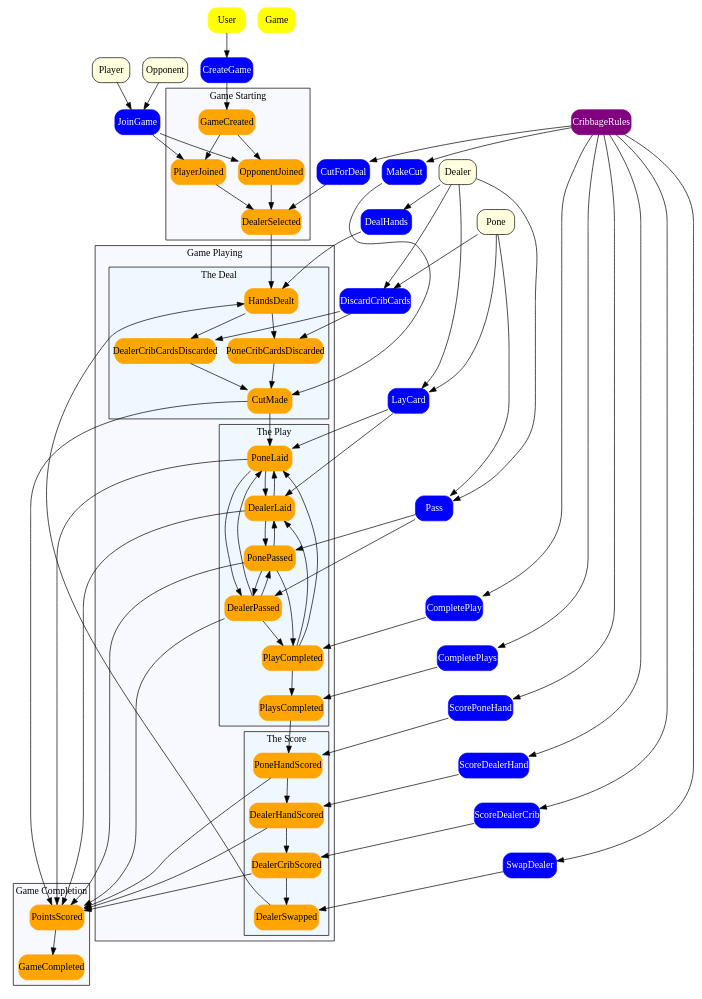
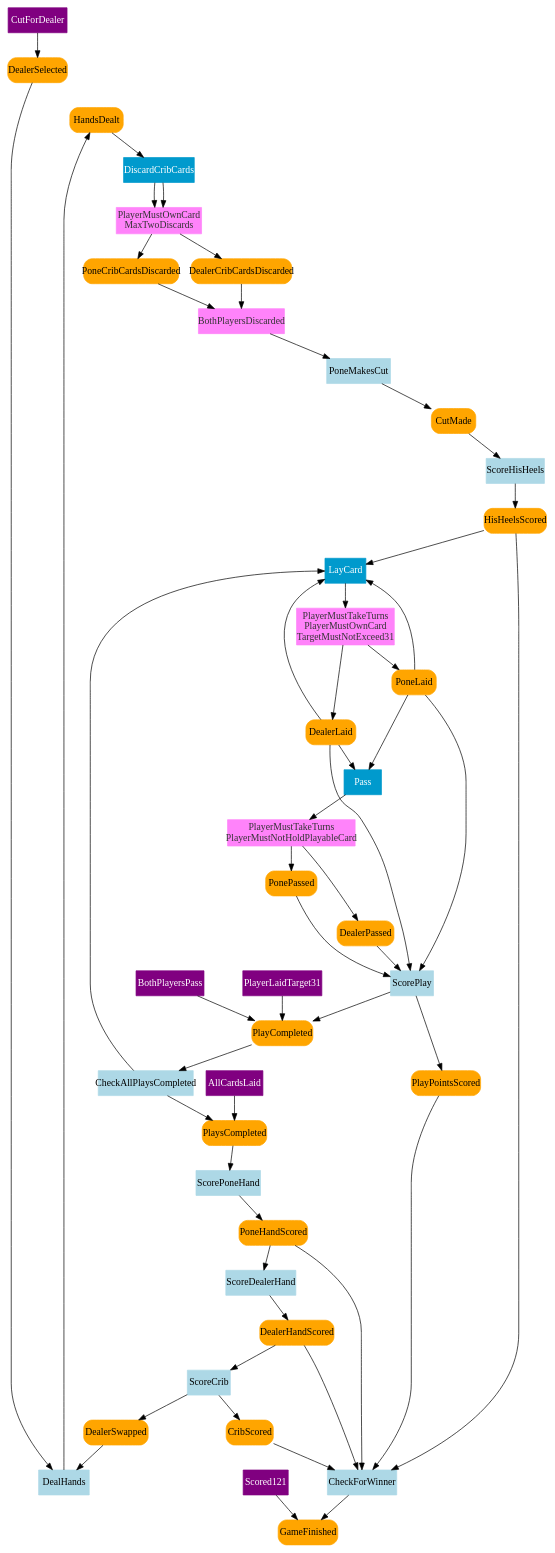
The diagram in design/events.dot (nigeleke/cribbage), drawn with Graphviz before and after one commit. The commit also changed 21 other files, not shown here.

```diff
--- a/design/events.dot
+++ b/design/events.dot
@@ -1,199 +1,141 @@
 digraph Cribbage {
 	graph [fontname="comic sans ms"];
 	node [style="filled, rounded", fontname="comic sans ms", shape=rectangle];
 	edge [fontname="comic sans ms"]
 
 	subgraph Events {
-		node [color=orange];
+		node [color=orange, style="filled, rounded", fontname="comic sans ms", shape=rectangle];
+		DealerSelected
+		HandsDealt
+		DealerCribCardsDiscarded
+		PoneCribCardsDiscarded
+		CutMade
+		HisHeelsScored
+		PoneLaid
+		DealerLaid
+		PonePassed
+		DealerPassed
+		PlayPointsScored
+		PlayCompleted
+		PlaysCompleted
+		PoneHandScored
+		DealerHandScored
+		CribScored
+		DealerSwapped
+		GameFinished
+	}
 
-		subgraph cluster_GameStartedEvents {
-			label="Game Starting"
-			style=filled;
-			fillcolor=ghostwhite;
-
-			GameCreated
-			PlayerJoined
-			OpponentJoined
-			DealerSelected
-		}
-
-		subgraph cluster_GamePlayingEvents {
-			label="Game Playing";
-			style=filled;
-			fillcolor=ghostwhite;
-		
-			subgraph cluster_DealingPhase {
-				label="The Deal"
-				fillcolor=aliceblue;
-				HandsDealt
-				DealerCribCardsDiscarded
-				PoneCribCardsDiscarded
-				CutMade
-			}
-
-			subgraph cluster_PlayingPhase {
-				label="The Play"
-				fillcolor=aliceblue;
-				PoneLaid
-				PonePassed
-				DealerLaid
-				DealerPassed
-				PlayCompleted
-				PlaysCompleted
-			}
-
-			subgraph cluster_ScoringPhase {
-				label="The Score"
-				fillcolor=aliceblue;
-				PoneHandScored
-				DealerHandScored
-				DealerCribScored
-				DealerSwapped
-			}
-		}
-
-		subgraph cluster_GameCompletionEvents {
-			label="Game Completion";
-			style=filled;
-			fillcolor=ghostwhite;
-
-			PointsScored
-			GameCompleted
-		}
-
-		GameCreated -> PlayerJoined
-		GameCreated -> OpponentJoined
-
-		PlayerJoined -> DealerSelected
-		OpponentJoined -> DealerSelected
-
+	subgraph Timeline {
+		edge [style=invis]
 		DealerSelected -> HandsDealt
-
 		HandsDealt -> DealerCribCardsDiscarded
 		HandsDealt -> PoneCribCardsDiscarded
-
-		DealerCribCardsDiscarded -> CutMade
-		PoneCribCardsDiscarded -> CutMade
-
-		CutMade -> PointsScored
 		CutMade -> PoneLaid
-
-		PoneLaid -> PointsScored
-		PonePassed -> PointsScored
-		DealerLaid -> PointsScored
-		DealerPassed -> PointsScored
-
+		CutMade -> HisHeelsScored
+		PoneLaid -> PlayPointsScored
 		PoneLaid -> DealerLaid
 		PoneLaid -> DealerPassed
+		DealerLaid -> PlayPointsScored
 		DealerLaid -> PoneLaid
 		DealerLaid -> PonePassed
 		PonePassed -> DealerLaid
 		PonePassed -> DealerPassed -> PlayCompleted
 		DealerPassed -> PoneLaid
 		DealerPassed -> PonePassed -> PlayCompleted
-
+		PlayCompleted -> DealerLaid
 		PlayCompleted -> PoneLaid
-		PlayCompleted -> DealerLaid
-
-		PlayCompleted -> PlaysCompleted -> PoneHandScored
-
-		PoneHandScored -> PointsScored
-		DealerHandScored -> PointsScored
-		DealerCribScored -> PointsScored
-
+		PlayCompleted -> PlaysCompleted
+		PlaysCompleted -> PoneHandScored
 		PoneHandScored -> DealerHandScored
-		DealerHandScored -> DealerCribScored
-		DealerCribScored -> DealerSwapped
-		DealerSwapped -> HandsDealt
-
-		PointsScored -> GameCompleted
-	}
-
-	subgraph Issues {
-		node [color=red, fontcolor=white];
+		DealerHandScored -> CribScored
+		CribScored -> DealerSelected
+		HisHeelsScored -> GameFinished
+		PlayPointsScored -> GameFinished
+		PoneHandScored -> GameFinished
+		DealerHandScored -> GameFinished
+		CribScored -> GameFinished
+		PlayCompleted -> PlayPointsScored
 	}
 
 	subgraph BusinessProcesses {
-		node [color=purple, fontcolor=white];
-		CribbageRules
+		node [color=purple, style="filled", fontname="comic sans ms", fontcolor=white];
+		CutForDealer
+		BothPlayersPass
+		PlayerLaidTarget31
+		AllCardsLaid
+		Scored121
+	}
+
+	subgraph Policies {
+		node [color=orchid1, style="filled", fontname="comic sans ms", fontcolor=gray20, shape=rectangle];
+		DiscardPolicy [label="PlayerMustOwnCard\nMaxTwoDiscards"]
+		StartPlayPolicy [label="BothPlayersDiscarded"]
+		PlayPolicy [label="PlayerMustTakeTurns\nPlayerMustOwnCard\nTargetMustNotExceed31"]
+		PassPolicy [label="PlayerMustTakeTurns\nPlayerMustNotHoldPlayableCard"]
 	}
 
 	subgraph Commands {
-		node [color=blue, fontcolor=white];
-		CreateGame
-		JoinGame
-		CutForDeal
-		DealHands
+		node [color=deepskyblue3, style="filled", fontname="comic sans ms", fontcolor=white];
 		DiscardCribCards
-		MakeCut
 		LayCard
 		Pass
-		CompletePlay
-		CompletePlays
+	}
+
+	subgraph Actions {
+		node [color=lightblue, style="filled", fontname="comic sans ms", fontcolor=black];
+		edge [style=invis]
+		DealHands
+		PoneMakesCut
+		CheckForWinner
+		ScoreHisHeels
+		ScorePlay
+		CheckAllPlaysCompleted
 		ScorePoneHand
 		ScoreDealerHand
-		ScoreDealerCrib
-		SwapDealer
+		ScoreCrib
 	}
 
-	subgraph Actors {
-		node [fillcolor=lightyellow, color=black]
-		Player
-		Opponent
-		Dealer
-		Pone
+	subgraph {
+		CutForDealer -> DealerSelected -> DealHands
+		PoneMakesCut -> CutMade
+		BothPlayersPass -> PlayCompleted
+		PlayerLaidTarget31 -> PlayCompleted
+		AllCardsLaid -> PlaysCompleted
+		Scored121 -> GameFinished
+		DealHands -> HandsDealt -> DiscardCribCards
+		DiscardCribCards -> DiscardPolicy -> DealerCribCardsDiscarded
+		DiscardCribCards -> DiscardPolicy -> PoneCribCardsDiscarded
+		DealerCribCardsDiscarded -> StartPlayPolicy
+		PoneCribCardsDiscarded -> StartPlayPolicy
+		StartPlayPolicy -> PoneMakesCut
+		CutMade -> ScoreHisHeels -> HisHeelsScored
+		HisHeelsScored -> LayCard
+		HisHeelsScored -> CheckForWinner
+		CheckForWinner -> GameFinished
+		LayCard -> PlayPolicy
+		PlayPolicy -> PoneLaid
+		PlayPolicy -> DealerLaid
+		PoneLaid -> ScorePlay
+		DealerLaid -> ScorePlay
+		PoneLaid -> LayCard
+		PoneLaid -> Pass
+		DealerLaid -> LayCard
+		DealerLaid -> Pass
+		ScorePlay -> PlayPointsScored
+		Pass -> PassPolicy
+		PassPolicy -> PonePassed
+		PassPolicy -> DealerPassed
+		PonePassed -> ScorePlay
+		DealerPassed -> ScorePlay
+		PlayPointsScored -> CheckForWinner
+		ScorePlay -> PlayCompleted
+		PlayCompleted -> CheckAllPlaysCompleted
+		CheckAllPlaysCompleted -> LayCard
+		CheckAllPlaysCompleted -> PlaysCompleted
+		PlaysCompleted -> ScorePoneHand -> PoneHandScored -> CheckForWinner
+		PoneHandScored -> ScoreDealerHand -> DealerHandScored -> CheckForWinner
+		DealerHandScored -> ScoreCrib -> CribScored -> CheckForWinner
+		ScoreCrib -> DealerSwapped -> DealHands
 	}
 
-	subgraph Aggregates {
-		node [color=yellow];
-		Game
-		User
-	}
-
-	subgraph ExternalSystems {
-		node [color=magenta];
-	}
-
-	subgraph Views {
-		node [color=green];
-	}
-
-	CreateGame -> GameCreated
-	JoinGame -> PlayerJoined
-	JoinGame -> OpponentJoined
-	CutForDeal -> DealerSelected
-	DealHands -> HandsDealt
-	DiscardCribCards -> DealerCribCardsDiscarded
-	DiscardCribCards -> PoneCribCardsDiscarded
-	MakeCut -> CutMade
-	LayCard -> PoneLaid
-	LayCard -> DealerLaid
-	Pass -> PonePassed
-	Pass -> DealerPassed
-	CompletePlay -> PlayCompleted
-	CompletePlays -> PlaysCompleted
-	ScorePoneHand -> PoneHandScored
-	ScoreDealerHand -> DealerHandScored
-	ScoreDealerCrib -> DealerCribScored
-	SwapDealer -> DealerSwapped
-
-	User -> CreateGame
-	Player -> JoinGame
-	Opponent -> JoinGame
-	CribbageRules -> CutForDeal
-	Dealer -> DealHands
-	Pone -> DiscardCribCards
-	Dealer -> DiscardCribCards
-	CribbageRules -> MakeCut
-	Pone -> LayCard
-	Dealer -> LayCard
-	Pone -> Pass
-	Dealer -> Pass
-	CribbageRules -> CompletePlay
-	CribbageRules -> CompletePlays
-	CribbageRules -> ScorePoneHand
-	CribbageRules -> ScoreDealerHand
-	CribbageRules -> ScoreDealerCrib
-	CribbageRules -> SwapDealer
-
 }
```
